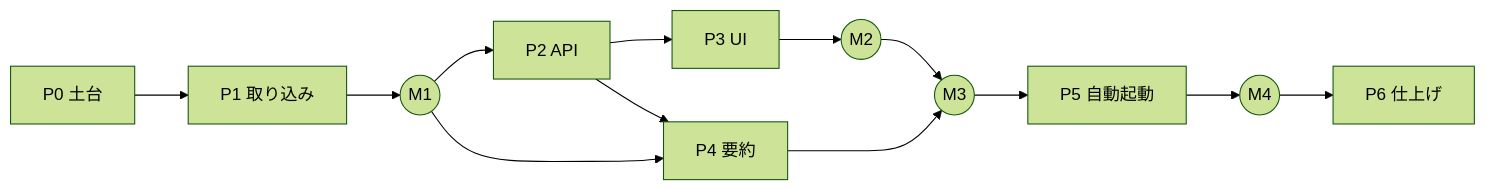
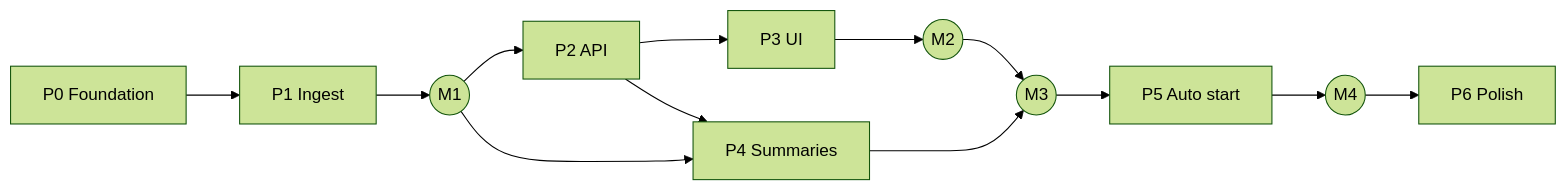
One commit to atsuki-shirasawa/kairos changed the diagram in docs/tasks.md. Above: the diagram before and after it, drawn with Mermaid (forest theme). The commit also changed other lines of this file and 100 other files, not shown here.

````diff
--- a/docs/tasks.md
+++ b/docs/tasks.md
@@ -16,11 +16,11 @@
 ```mermaid
 flowchart LR
-    P0["P0 土台"] --> P1["P1 取り込み"] --> M1(("M1"))
+    P0["P0 Foundation"] --> P1["P1 Ingest"] --> M1(("M1"))
     M1 --> P2["P2 API"] --> P3["P3 UI"] --> M2(("M2"))
-    M1 --> P4["P4 要約"]
+    M1 --> P4["P4 Summaries"]
     P2 --> P4
     M2 --> M3(("M3"))
     P4 --> M3
-    M3 --> P5["P5 自動起動"] --> M4(("M4"))
-    M4 --> P6["P6 仕上げ"]
+    M3 --> P5["P5 Auto start"] --> M4(("M4"))
+    M4 --> P6["P6 Polish"]
 ```
````
